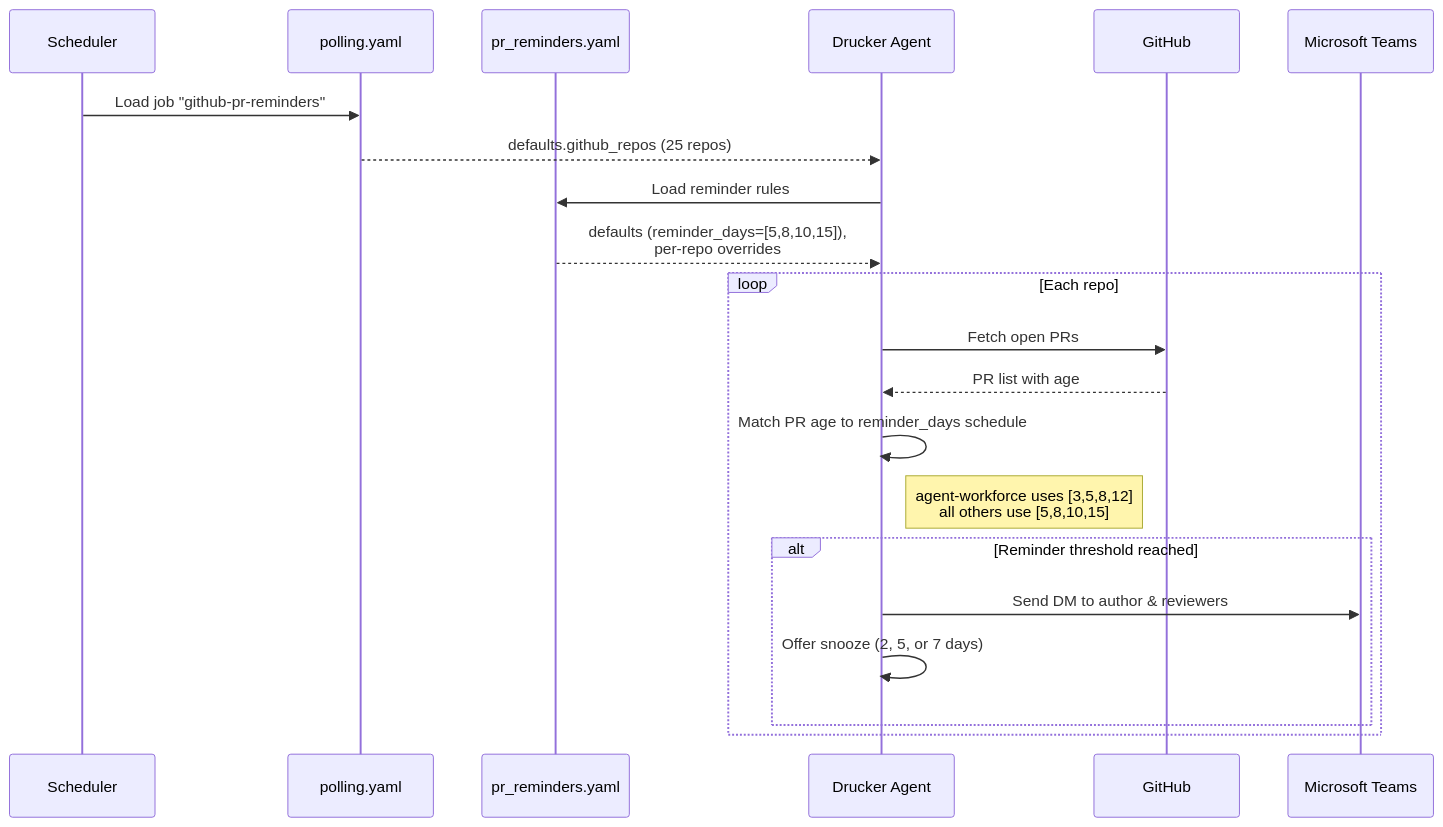
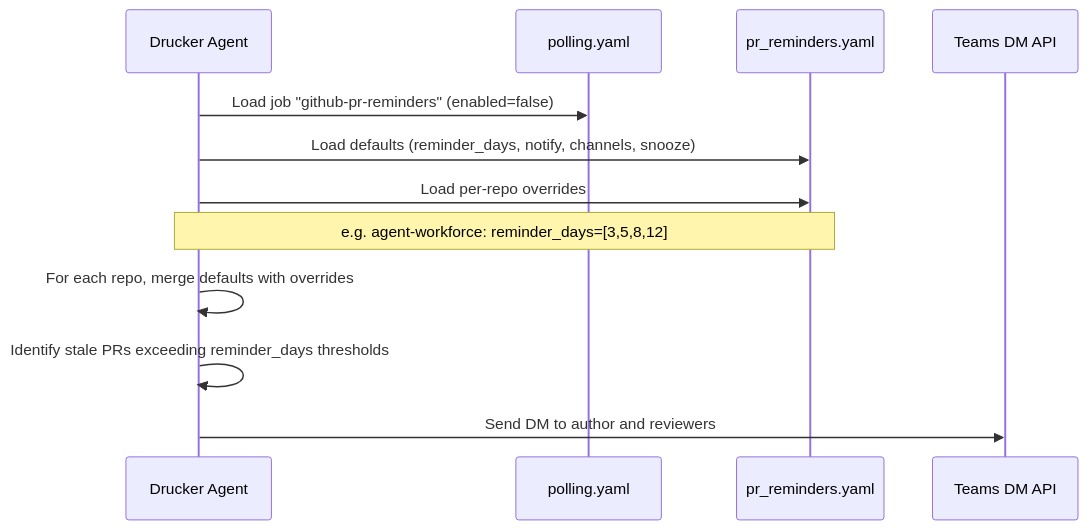
One commit to jmac-cornelis/agent-workforce changed the fourth of 4 diagrams in docs/agents-drucker-config.md. Above: the diagram before and after it, drawn with Mermaid. The commit also changed other lines of this file and 8 other files, not shown here.

````diff
--- a/docs/agents-drucker-config.md
+++ b/docs/agents-drucker-config.md
@@ -127,24 +121,15 @@
 ```mermaid
 sequenceDiagram
-    participant Scheduler
-    participant Polling as polling.yaml
-    participant PRConfig as pr_reminders.yaml
-    participant Drucker as Drucker Agent
-    participant GitHub
-    participant Teams as Microsoft Teams
+    participant Agent as Drucker Agent
+    participant PY as polling.yaml
+    participant PR as pr_reminders.yaml
+    participant Teams as Teams DM API
 
-    Scheduler->>Polling: Load job "github-pr-reminders"
-    Polling-->>Drucker: defaults.github_repos (25 repos)
-    Drucker->>PRConfig: Load reminder rules
-    PRConfig-->>Drucker: defaults (reminder_days=[5,8,10,15]),<br/>per-repo overrides
-    loop Each repo
-        Drucker->>GitHub: Fetch open PRs
-        GitHub-->>Drucker: PR list with age
-        Drucker->>Drucker: Match PR age to reminder_days schedule
-        Note right of Drucker: agent-workforce uses [3,5,8,12]<br/>all others use [5,8,10,15]
-        alt Reminder threshold reached
-            Drucker->>Teams: Send DM to author & reviewers
-            Drucker->>Drucker: Offer snooze (2, 5, or 7 days)
-        end
-    end
+    Agent->>PY: Load job "github-pr-reminders" (enabled=false)
+    Agent->>PR: Load defaults (reminder_days, notify, channels, snooze)
+    Agent->>PR: Load per-repo overrides
+    Note over Agent,PR: e.g. agent-workforce: reminder_days=[3,5,8,12]
+    Agent->>Agent: For each repo, merge defaults with overrides
+    Agent->>Agent: Identify stale PRs exceeding reminder_days thresholds
+    Agent->>Teams: Send DM to author and reviewers
 ```
````
